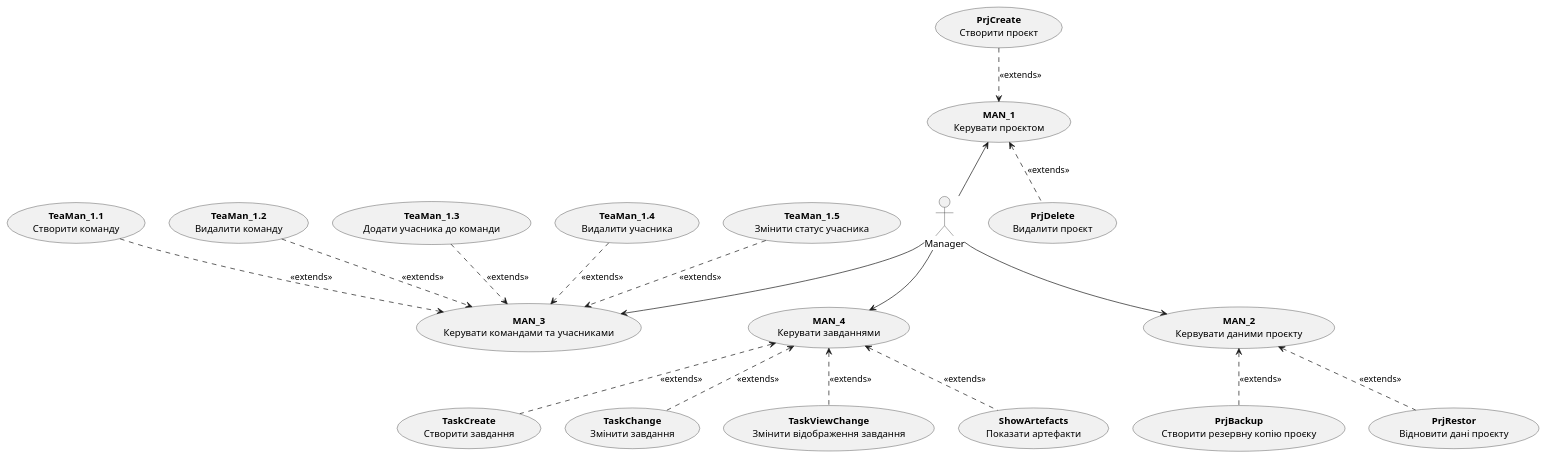
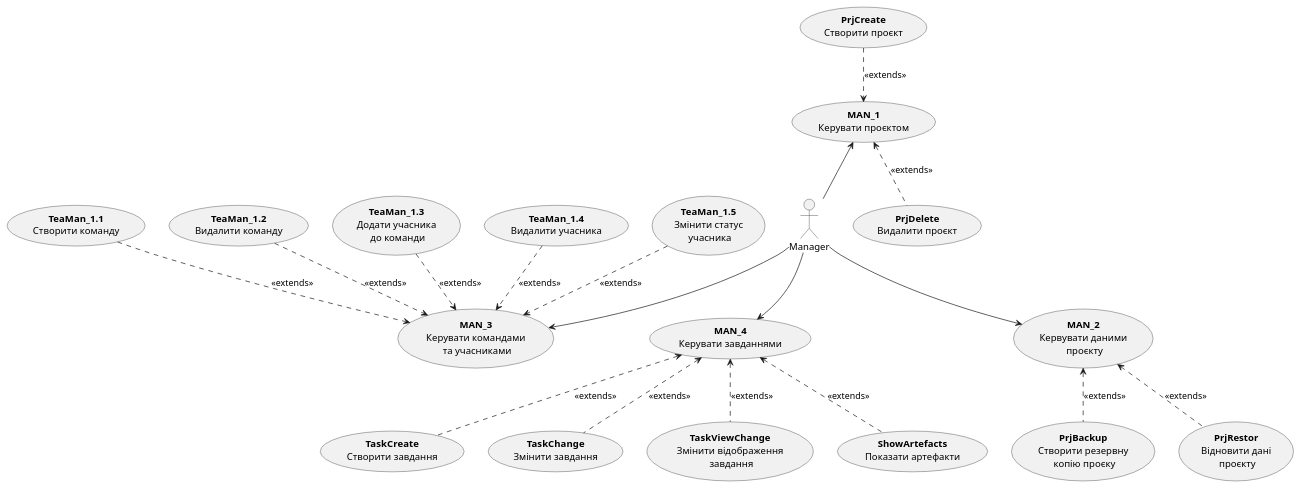
Before and after one commit to cholombytko/project-management-system: the third of 16 diagrams in docs/use cases/README.md, drawn with PlantUML.

Commit message:
delete unnecessary

```diff
--- a/docs/use cases/README.md
+++ b/docs/use cases/README.md
@@ -50,49 +50,49 @@
 @startuml
 
     actor Manager
     
     usecase Manage1 as "<b>MAN_1</b>\nКерувати проєктом"
-    usecase Manage2 as "<b>MAN_2</b>\nКервувати даними проєкту"
-    usecase Manage3 as "<b>MAN_3</b>\nКерувати командами та учасниками"
+    usecase Manage2 as "<b>MAN_2</b>\nКервувати даними\n проєкту"
+    usecase Manage3 as "<b>MAN_3</b>\nКерувати командами\n та учасниками"
     usecase Manage4 as "<b>MAN_4</b>\nКерувати завданнями"
     
     usecase Manage1_1 as "<b>PrjCreate</b>\nCтворити проєкт"
     usecase Manage1_2 as "<b>PrjDelete</b>\nВидалити проєкт"
     
-    usecase Manage2_1 as "<b>PrjBackup</b>\nСтворити резервну копію проєку"
-    usecase Manage2_2 as "<b>PrjRestor</b>\nВідновити дані проєкту"
+    usecase Manage2_1 as "<b>PrjBackup</b>\nСтворити резервну\n копію проєку"
+    usecase Manage2_2 as "<b>PrjRestor</b>\nВідновити дані\n проєкту"
     
     usecase Manage3_1 as "<b>TeaMan_1.1</b>\nСтворити команду"
     usecase Manage3_2 as "<b>TeaMan_1.2</b>\nВидалити команду"
-    usecase Manage3_3 as "<b>TeaMan_1.3</b>\nДодати учасника до команди"
+    usecase Manage3_3 as "<b>TeaMan_1.3</b>\nДодати учасника\n до команди"
     usecase Manage3_4 as "<b>TeaMan_1.4</b>\nВидалити учасника"
-    usecase Manage3_5 as "<b>TeaMan_1.5</b>\nЗмінити статус учасника"
+    usecase Manage3_5 as "<b>TeaMan_1.5</b>\nЗмінити статус\n учасника"
 
     usecase Manage4_1 as "<b>TaskCreate</b>\nСтворити завдання"
     usecase Manage4_2 as "<b>TaskChange</b>\nЗмінити завдання"
-    usecase Manage4_3 as "<b>TaskViewChange</b>\nЗмінити відображення завдання"
+    usecase Manage4_3 as "<b>TaskViewChange</b>\nЗмінити відображення\n завдання"
     usecase Manage4_4 as "<b>ShowArtefacts</b>\nПоказати артефакти"
 
     Manager -u-> Manage1
     Manager -d-> Manage2
     Manager -d-> Manage3
     Manager -d-> Manage4
     
     Manage1_1 .d.> Manage1: <<extends>>
     Manage1_2 .u.> Manage1: <<extends>>
 
     Manage2_1 .u.> Manage2: <<extends>>
     Manage2_2 .u.> Manage2: <<extends>>
 
     Manage3_1 .d.> Manage3: <<extends>>
     Manage3_2 .d.> Manage3: <<extends>>
     Manage3_3 .d.> Manage3: <<extends>>
     Manage3_4 .d.> Manage3: <<extends>>
     Manage3_5 .d.> Manage3: <<extends>>
 
     Manage4_1 .u.> Manage4: <<extends>>
     Manage4_2 .u.> Manage4: <<extends>>
     Manage4_3 .u.> Manage4: <<extends>>
     Manage4_4 .u.> Manage4: <<extends>>
  
 @enduml
```
